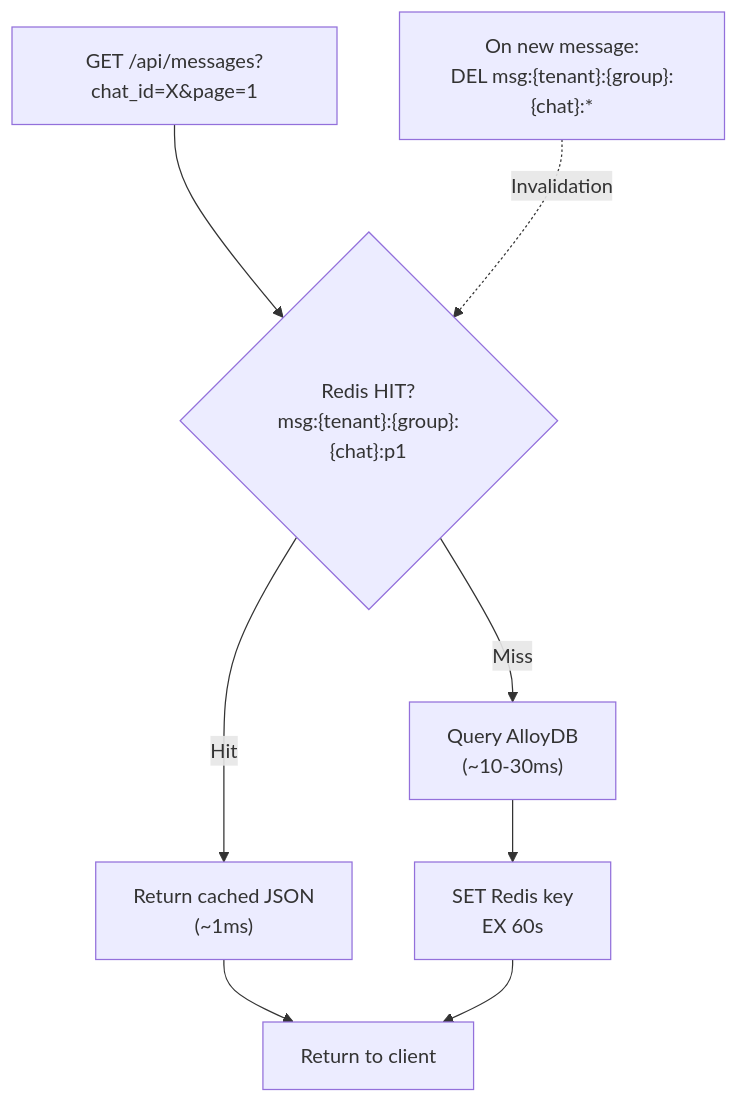
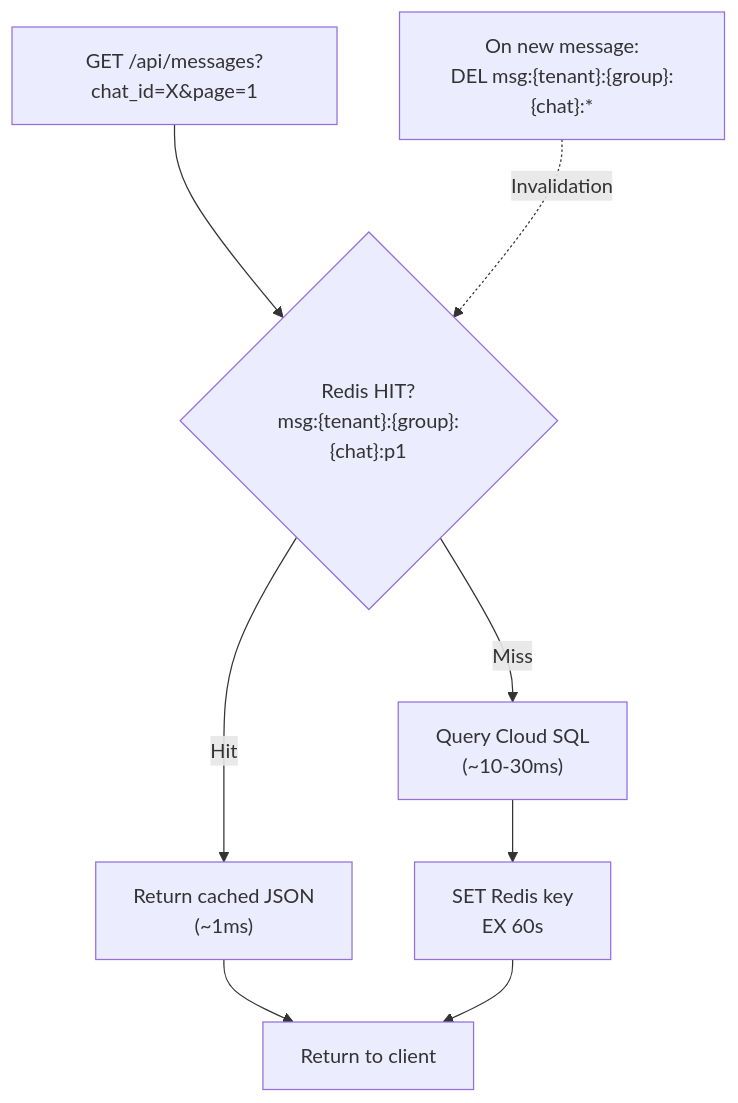
Before and after one commit to Nexus-chat-5039/Nexus-chat: diagram 12 of 24 in ARCHITECTURE.md, drawn with Mermaid. The commit also changed other lines of this file and 38 other files, not shown here.

Commit message:
feat: implement minimal architecture with custom JWT auth

````diff
--- a/ARCHITECTURE.md
+++ b/ARCHITECTURE.md
@@ -865,15 +893,15 @@
 ```mermaid
 flowchart TD
     REQ["GET /api/messages?chat_id=X&page=1"]
     RCHK{"Redis HIT?\nmsg:{tenant}:{group}:{chat}:p1"}
     RGET["Return cached JSON\n(~1ms)"]
-    MGET["Query AlloyDB\n(~10-30ms)"]
+    MGET["Query Cloud SQL\n(~10-30ms)"]
     RSET["SET Redis key\nEX 60s"]
     RESP["Return to client"]
     INVAL["On new message:\nDEL msg:{tenant}:{group}:{chat}:*"]
 
     REQ --> RCHK
     RCHK -->|Hit| RGET --> RESP
     RCHK -->|Miss| MGET --> RSET --> RESP
     INVAL -.->|Invalidation| RCHK
 ```
````
